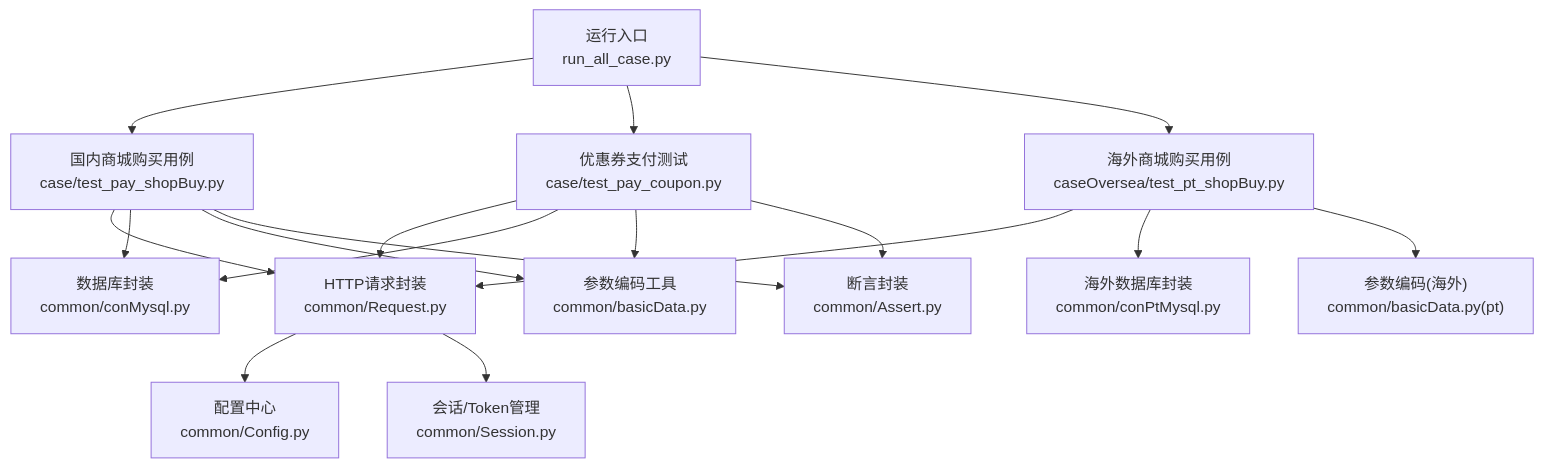
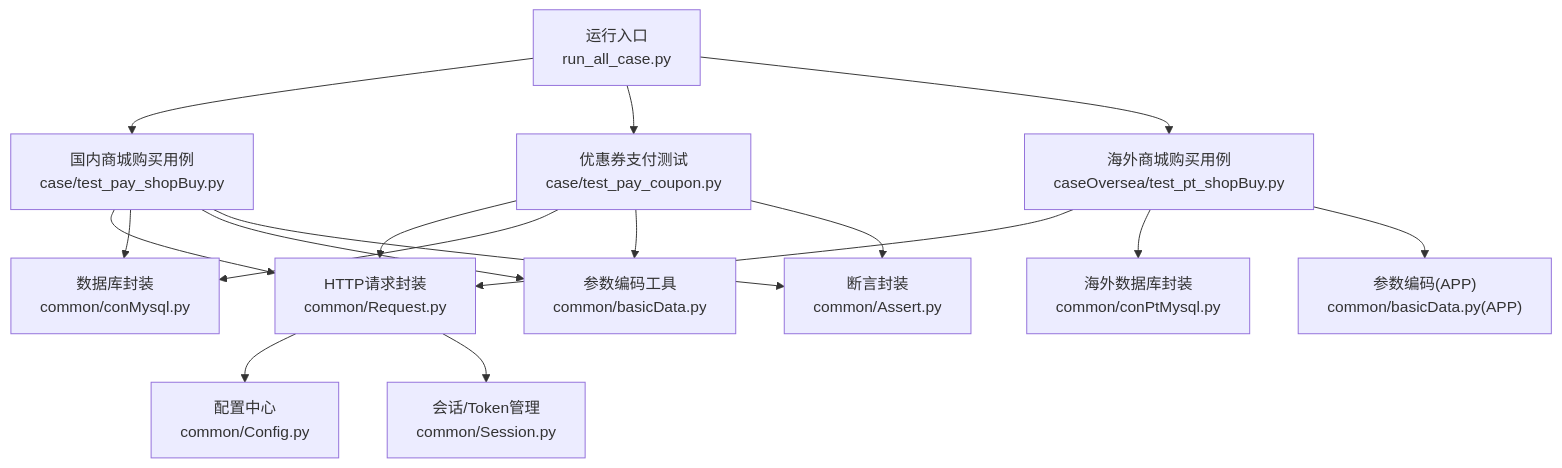
Before and after one commit to liximing1-ola/qa-payTest: the first of 9 diagrams in .qoder/repowiki/zh/content/支付测试用例/商城购买测试.md, drawn with Mermaid. The commit also changed other lines of this file and 6 other files, not shown here.

````diff
--- a/.qoder/repowiki/zh/content/支付测试用例/商城购买测试.md
+++ b/.qoder/repowiki/zh/content/支付测试用例/商城购买测试.md
@@ -56,19 +58,19 @@
 ```mermaid
 graph TB
 A["运行入口<br/>run_all_case.py"] --> B["国内商城购买用例<br/>case/test_pay_shopBuy.py"]
 A --> C["优惠券支付测试<br/>case/test_pay_coupon.py"]
 A --> D["海外商城购买用例<br/>caseOversea/test_pt_shopBuy.py"]
 B --> E["HTTP请求封装<br/>common/Request.py"]
 C --> E
 D --> E
 E --> F["配置中心<br/>common/Config.py"]
 E --> G["会话/Token管理<br/>common/Session.py"]
 B --> H["数据库封装<br/>common/conMysql.py"]
 C --> H
 D --> I["海外数据库封装<br/>common/conPtMysql.py"]
 B --> J["参数编码工具<br/>common/basicData.py"]
 C --> J
 B --> K["断言封装<br/>common/Assert.py"]
 C --> K
-D --> L["参数编码(海外)<br/>common/basicData.py(pt)"]
+D --> L["参数编码(APP)<br/>common/basicData.py(APP)"]
 ```
````
